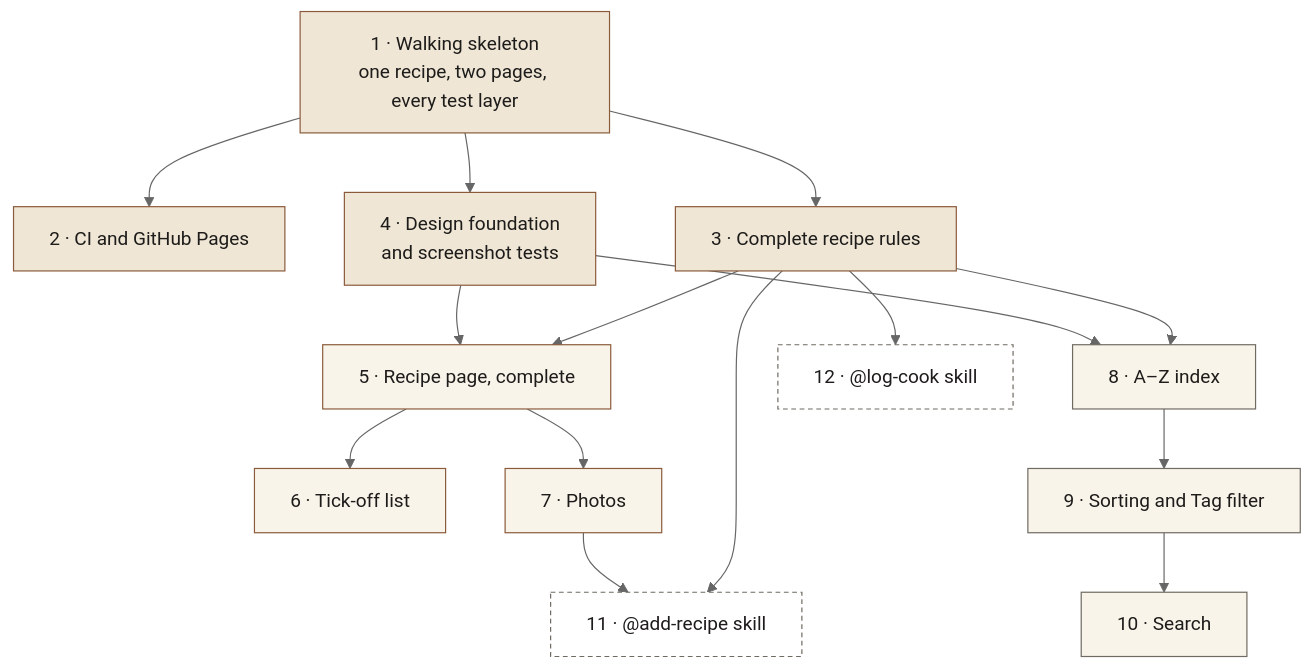
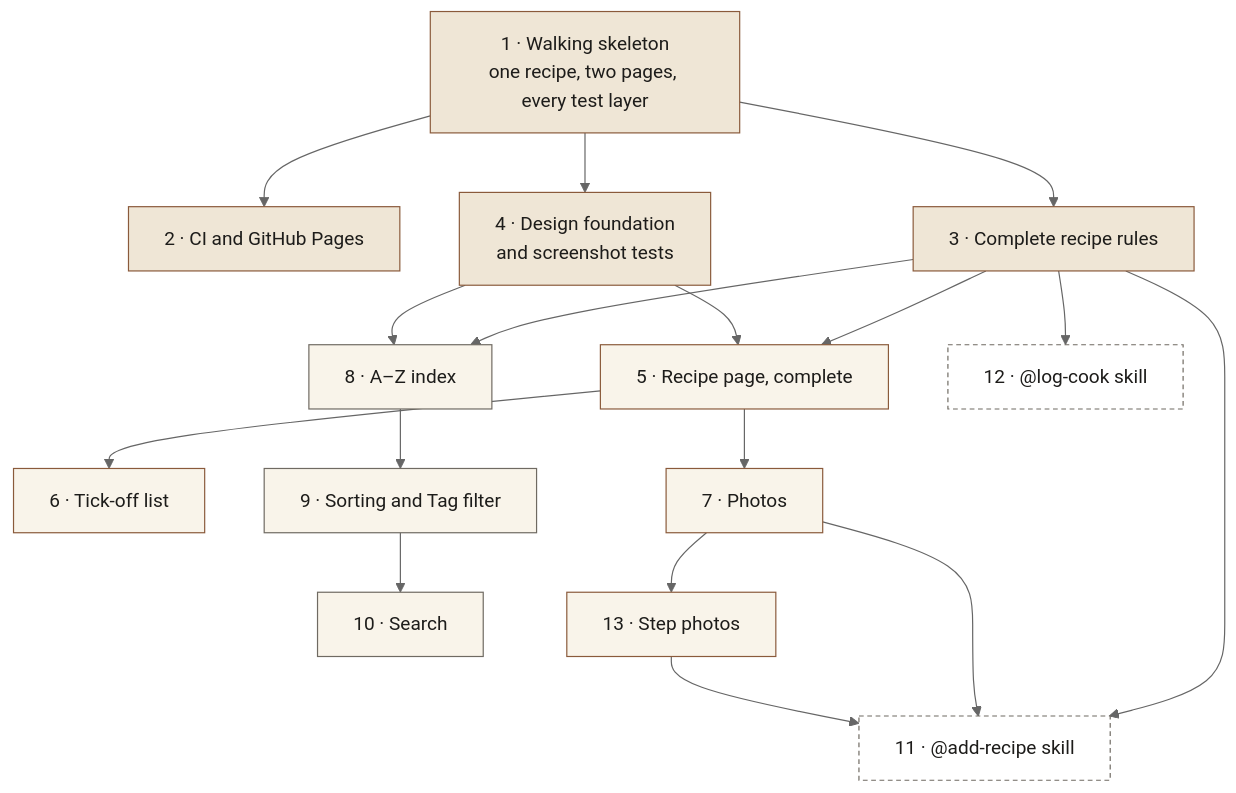
The diagram in .scratch/recipe-catalogue/tickets.md (renancouto/caderno-de-receitas), drawn with Mermaid (neutral theme) before and after one commit. The commit also changed 4 other files, not shown here.

Commit message:
Add ticket 13 (Step photos), no-plural rule and phone idea (#5)

````diff
--- a/.scratch/recipe-catalogue/tickets.md
+++ b/.scratch/recipe-catalogue/tickets.md
@@ -3,40 +3,43 @@
 ```mermaid
 flowchart TD
   T1["1 · Walking skeleton<br/>one recipe, two pages, every test layer"]
   T2["2 · CI and GitHub Pages"]
   T3["3 · Complete recipe rules"]
   T4["4 · Design foundation<br/>and screenshot tests"]
   T5["5 · Recipe page, complete"]
   T6["6 · Tick-off list"]
   T7["7 · Photos"]
   T8["8 · A–Z index"]
   T9["9 · Sorting and Tag filter"]
   T10["10 · Search"]
   T11["11 · @add-recipe skill"]
   T12["12 · @log-cook skill"]
+  T13["13 · Step photos"]
 
   T1 --> T2
   T1 --> T3
   T1 --> T4
   T3 --> T5
   T4 --> T5
   T5 --> T6
   T5 --> T7
   T3 --> T8
   T4 --> T8
   T8 --> T9
   T9 --> T10
   T3 --> T11
   T7 --> T11
   T3 --> T12
+  T7 --> T13
+  T13 --> T11
 
   classDef foundation fill:#efe6d6,stroke:#8a5a3b,color:#1d1c1a
   classDef recipe fill:#f9f4ea,stroke:#8a5a3b,color:#1d1c1a
   classDef index fill:#f9f4ea,stroke:#6f6a62,color:#1d1c1a
   classDef skill fill:#ffffff,stroke:#6f6a62,stroke-dasharray:4 3,color:#1d1c1a
 
   class T1,T2,T3,T4 foundation
-  class T5,T6,T7 recipe
+  class T5,T6,T7,T13 recipe
   class T8,T9,T10 index
   class T11,T12 skill
 ```
````
